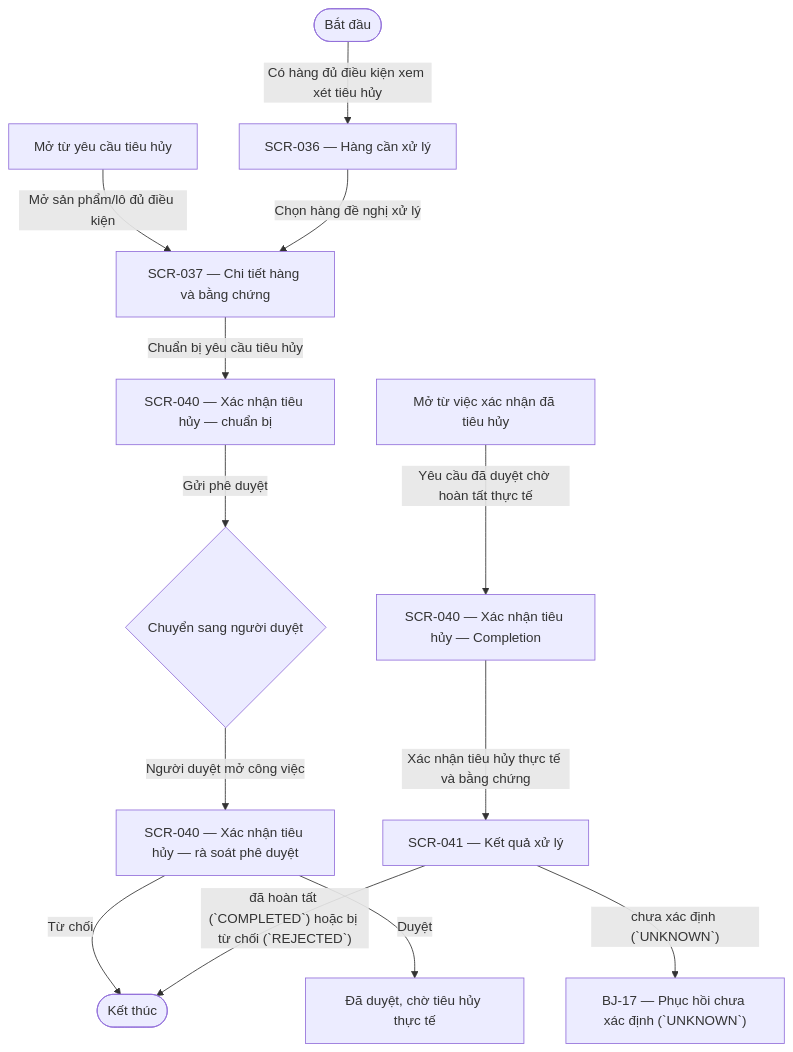
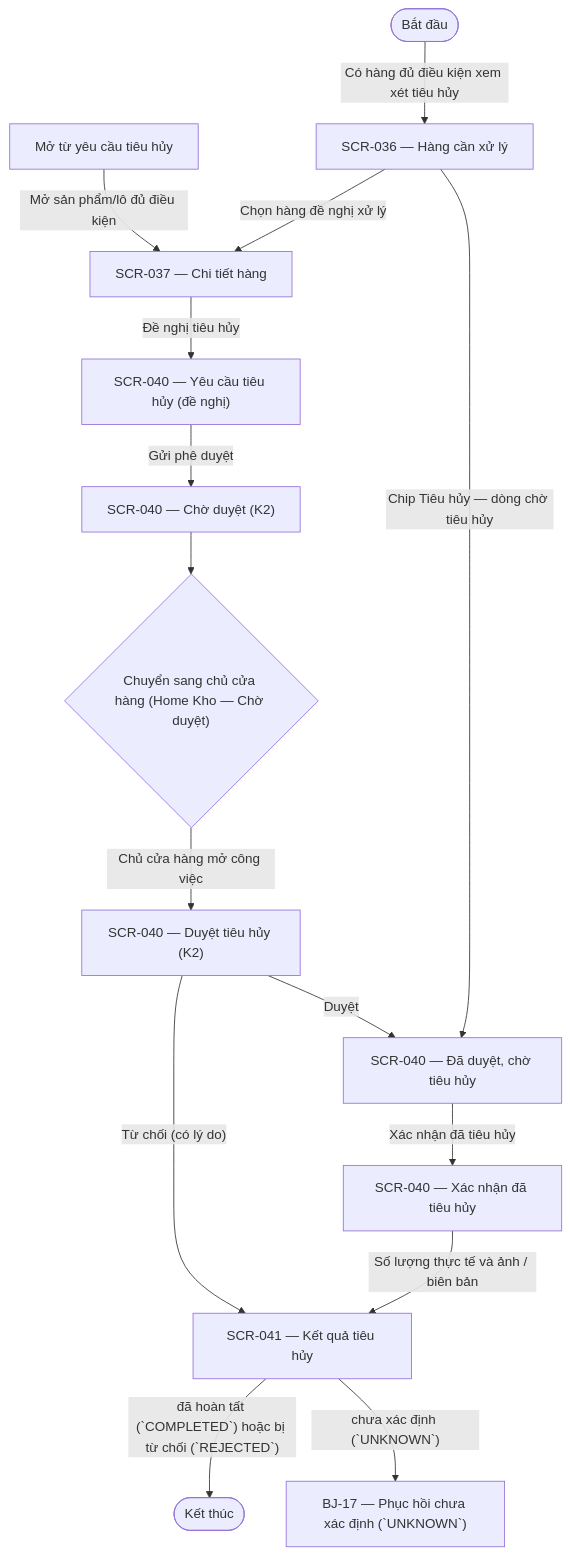
The diagram in specs/themes/theme-07/03.design/flows/UIF-10-BJ-10.md (DsChien102/erp-sales-inventory), drawn with Mermaid before and after one commit. The commit also changed other lines of this file and 37 other files, not shown here.

````diff
--- a/specs/themes/theme-07/03.design/flows/UIF-10-BJ-10.md
+++ b/specs/themes/theme-07/03.design/flows/UIF-10-BJ-10.md
@@ -42,28 +42,30 @@
 ```mermaid
 flowchart TD
     BEGIN(["Bắt đầu"])
     SCR_036["SCR-036 — Hàng cần xử lý"]
     CONTEXT_DISPOSAL["Mở từ yêu cầu tiêu hủy"]
-    SCR_037["SCR-037 — Chi tiết hàng và bằng chứng"]
-    SCR_040_PREPARE["SCR-040 — Xác nhận tiêu hủy — chuẩn bị"]
-    HANDOFF_APPROVAL{"Chuyển sang người duyệt"}
-    SCR_040_APPROVAL_REVIEW["SCR-040 — Xác nhận tiêu hủy — rà soát phê duyệt"]
+    SCR_037["SCR-037 — Chi tiết hàng"]
+    SCR_040_PREPARE["SCR-040 — Yêu cầu tiêu hủy (đề nghị)"]
+    SCR_040_PENDING["SCR-040 — Chờ duyệt (K2)"]
+    HANDOFF_APPROVAL{"Chuyển sang chủ cửa hàng (Home Kho — Chờ duyệt)"}
+    SCR_040_APPROVAL_REVIEW["SCR-040 — Duyệt tiêu hủy (K2)"]
+    APPROVED_PENDING_DISPOSAL["SCR-040 — Đã duyệt, chờ tiêu hủy"]
+    SCR_040_COMPLETION["SCR-040 — Xác nhận đã tiêu hủy"]
     END(["Kết thúc"])
-    APPROVED_PENDING_DISPOSAL["Đã duyệt, chờ tiêu hủy thực tế"]
-    CONTEXT_COMPLETION["Mở từ việc xác nhận đã tiêu hủy"]
-    SCR_040_COMPLETION["SCR-040 — Xác nhận tiêu hủy — Completion"]
-    SCR_041["SCR-041 — Kết quả xử lý"]
+    SCR_041["SCR-041 — Kết quả tiêu hủy"]
     BJ_17["BJ-17 — Phục hồi chưa xác định (`UNKNOWN`)"]
     BEGIN -->|"Có hàng đủ điều kiện xem xét tiêu hủy"| SCR_036
     CONTEXT_DISPOSAL -->|"Mở sản phẩm/lô đủ điều kiện"| SCR_037
     SCR_036 -->|"Chọn hàng đề nghị xử lý"| SCR_037
-    SCR_037 -->|"Chuẩn bị yêu cầu tiêu hủy"| SCR_040_PREPARE
-    SCR_040_PREPARE -->|"Gửi phê duyệt"| HANDOFF_APPROVAL
-    HANDOFF_APPROVAL -->|"Người duyệt mở công việc"| SCR_040_APPROVAL_REVIEW
-    SCR_040_APPROVAL_REVIEW -->|"Từ chối"| END
+    SCR_037 -->|"Đề nghị tiêu hủy"| SCR_040_PREPARE
+    SCR_040_PREPARE -->|"Gửi phê duyệt"| SCR_040_PENDING
+    SCR_040_PENDING --> HANDOFF_APPROVAL
+    HANDOFF_APPROVAL -->|"Chủ cửa hàng mở công việc"| SCR_040_APPROVAL_REVIEW
+    SCR_040_APPROVAL_REVIEW -->|"Từ chối (có lý do)"| SCR_041
     SCR_040_APPROVAL_REVIEW -->|"Duyệt"| APPROVED_PENDING_DISPOSAL
-    CONTEXT_COMPLETION -->|"Yêu cầu đã duyệt chờ hoàn tất thực tế"| SCR_040_COMPLETION
-    SCR_040_COMPLETION -->|"Xác nhận tiêu hủy thực tế và bằng chứng"| SCR_041
+    SCR_036 -->|"Chip Tiêu hủy — dòng chờ tiêu hủy"| APPROVED_PENDING_DISPOSAL
+    APPROVED_PENDING_DISPOSAL -->|"Xác nhận đã tiêu hủy"| SCR_040_COMPLETION
+    SCR_040_COMPLETION -->|"Số lượng thực tế và ảnh / biên bản"| SCR_041
     SCR_041 -->|"đã hoàn tất (`COMPLETED`) hoặc bị từ chối (`REJECTED`)"| END
     SCR_041 -->|"chưa xác định (`UNKNOWN`)"| BJ_17
 ```
````
